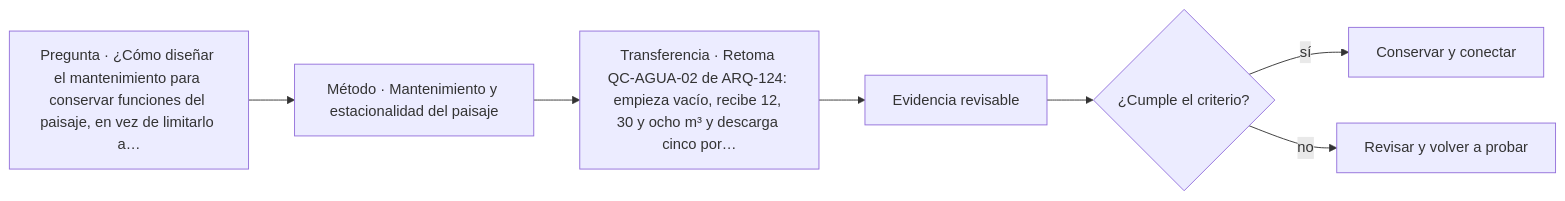
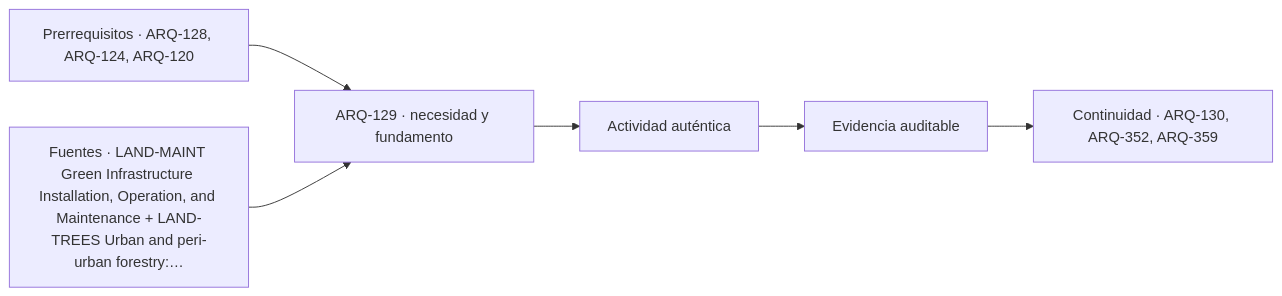
One commit to vladimiracunadev-create/architecture-built-environment-learning-program changed the diagram in classes/parte-13/ARQ-129.md. Above: the diagram before and after it, drawn with Mermaid. The commit also changed other lines of this file and 761 other files, not shown here.

````diff
--- a/classes/parte-13/ARQ-129.md
+++ b/classes/parte-13/ARQ-129.md
@@ -158,9 +170,8 @@
 ```mermaid
 flowchart LR
-    Q["Pregunta · ¿Cómo diseñar el mantenimiento para conservar funciones del paisaje, en vez de limitarlo a…"] --> M["Método · Mantenimiento y estacionalidad del paisaje"]
-    M --> P["Transferencia · Retoma QC-AGUA-02 de ARQ-124: empieza vacío, recibe 12, 30 y ocho m³ y descarga cinco por…"]
-    P --> E["Evidencia revisable"]
-    E --> C{"¿Cumple el criterio?"}
-    C -->|sí| T["Conservar y conectar"]
-    C -->|no| R["Revisar y volver a probar"]
+    A["Prerrequisitos · ARQ-128, ARQ-124, ARQ-120"] --> B["ARQ-129 · necesidad y fundamento"]
+    S["Fuentes · LAND-MAINT Green Infrastructure Installation, Operation, and Maintenance + LAND-TREES Urban and peri-urban forestry:…"] --> B
+    B --> C["Actividad auténtica"]
+    C --> D["Evidencia auditable"]
+    D --> E["Continuidad · ARQ-130, ARQ-352, ARQ-359"]
 ```
````
